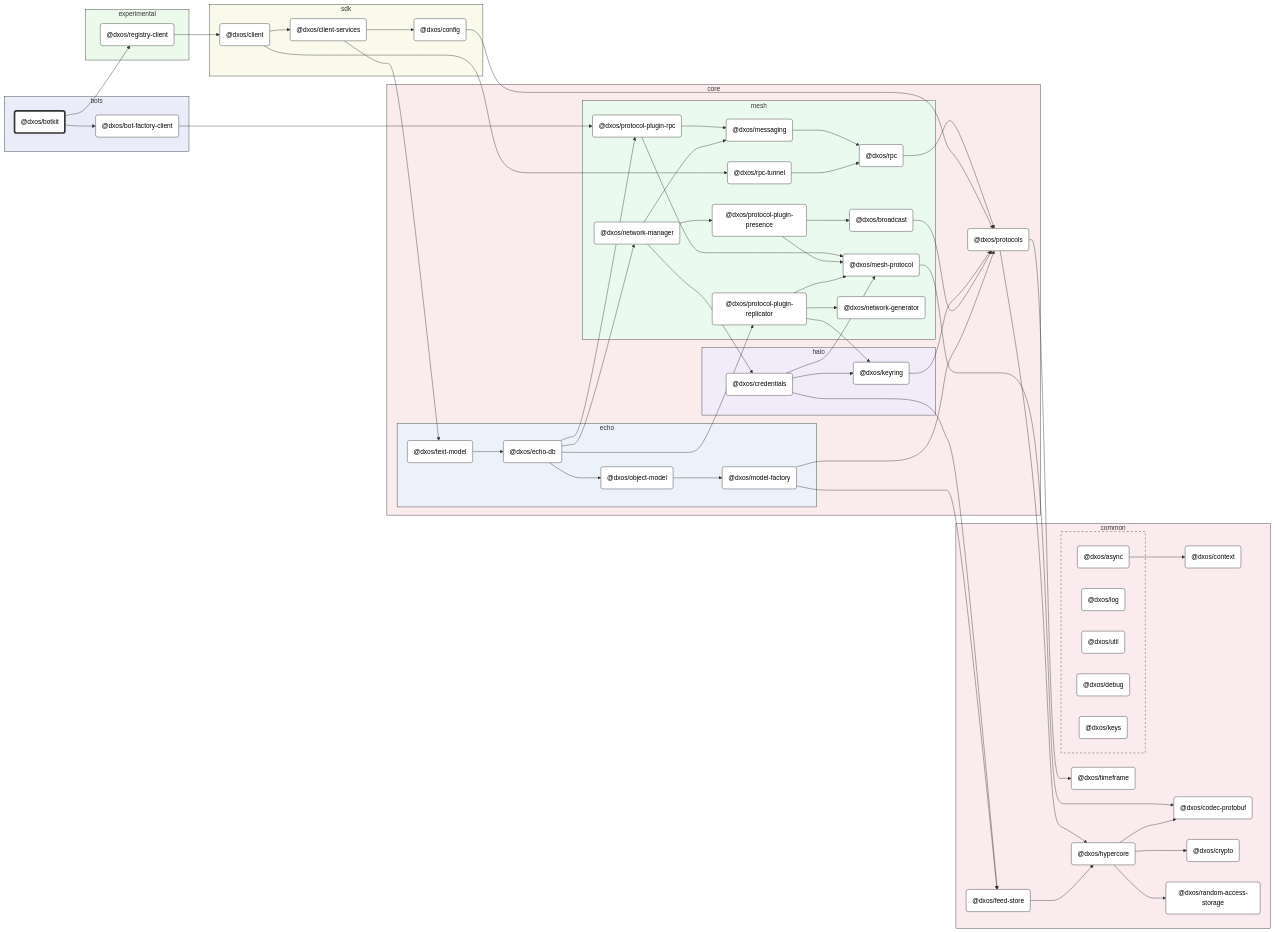
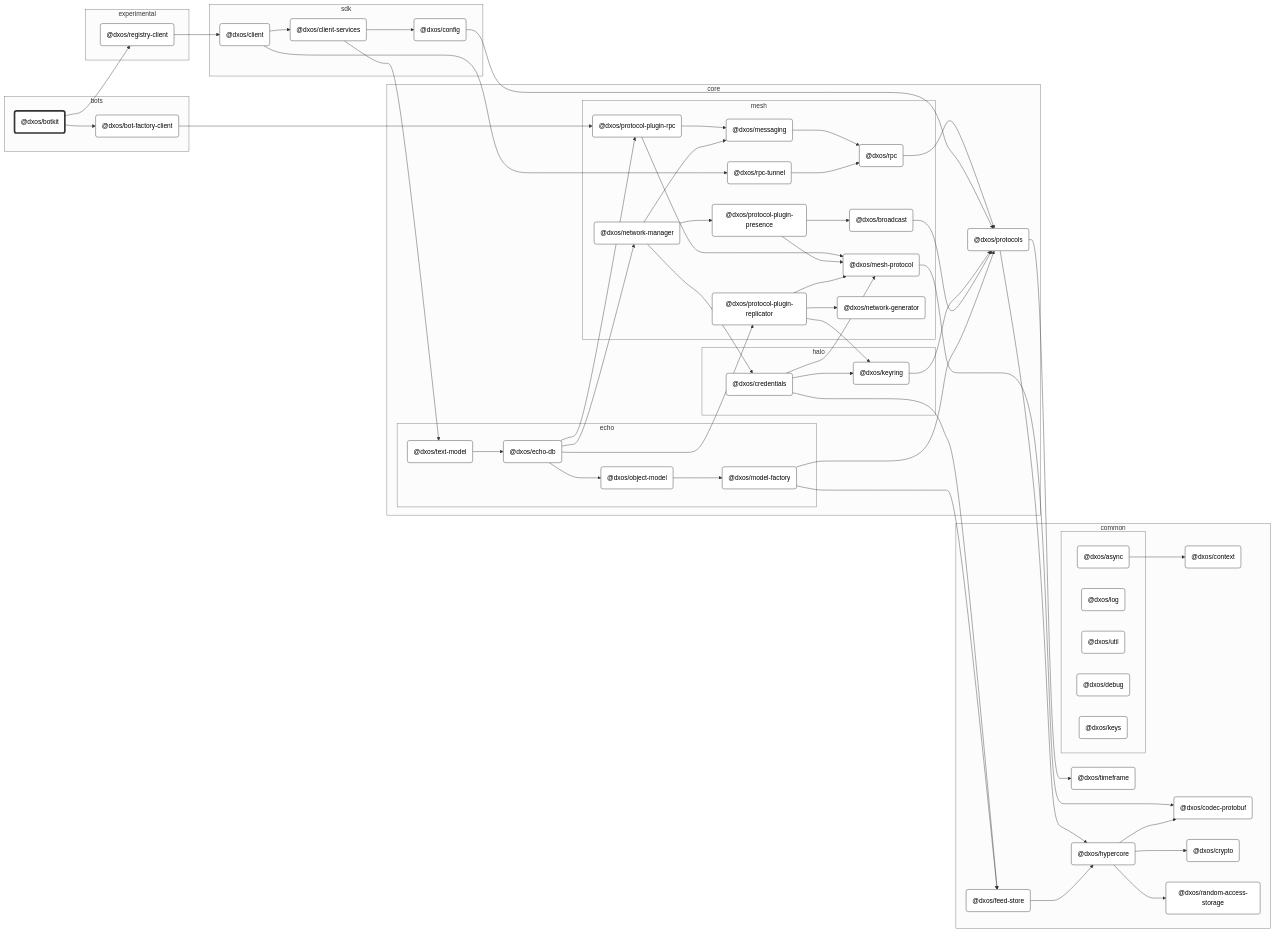
One commit to dxos/dxos changed the diagram in packages/bots/botkit/docs/README.md. Above: the diagram before and after it, drawn with Mermaid (neutral theme). The commit also changed 80 other files, not shown here.

```diff
--- a/packages/bots/botkit/docs/README.md
+++ b/packages/bots/botkit/docs/README.md
@@ -16,7 +16,6 @@
 %% Nodes
 
 subgraph bots [bots]
-  style bots fill:#ebecfa,stroke:#333
   dxos/botkit("@dxos/botkit"):::root
   click dxos/botkit "dxos/dxos/tree/main/packages/bots/botkit/docs"
   dxos/bot-factory-client("@dxos/bot-factory-client"):::def
@@ -24,7 +23,6 @@
 end
 
 subgraph common [common]
-  style common fill:#faebee,stroke:#333
   dxos/context("@dxos/context"):::def
   click dxos/context "dxos/dxos/tree/main/packages/common/context/docs"
   dxos/codec-protobuf("@dxos/codec-protobuf"):::def
@@ -41,7 +39,6 @@
   click dxos/feed-store "dxos/dxos/tree/main/packages/common/feed-store/docs"
 
   subgraph _ [ ]
-    style _ fill:#faebee,stroke:#333,stroke-dasharray:5 5
     dxos/async("@dxos/async"):::def
     click dxos/async "dxos/dxos/tree/main/packages/common/async/docs"
     dxos/log("@dxos/log"):::def
@@ -56,12 +53,10 @@
 end
 
 subgraph core [core]
-  style core fill:#faebec,stroke:#333
   dxos/protocols("@dxos/protocols"):::def
   click dxos/protocols "dxos/dxos/tree/main/packages/core/protocols/docs"
 
   subgraph mesh [mesh]
-    style mesh fill:#ebfaef,stroke:#333
     dxos/protocol-plugin-rpc("@dxos/protocol-plugin-rpc"):::def
     click dxos/protocol-plugin-rpc "dxos/dxos/tree/main/packages/core/mesh/protocol-plugin-rpc/docs"
     dxos/mesh-protocol("@dxos/mesh-protocol"):::def
@@ -85,7 +80,6 @@
   end
 
   subgraph halo [halo]
-    style halo fill:#f1ebfa,stroke:#333
     dxos/credentials("@dxos/credentials"):::def
     click dxos/credentials "dxos/dxos/tree/main/packages/core/halo/credentials/docs"
     dxos/keyring("@dxos/keyring"):::def
@@ -93,7 +87,6 @@
   end
 
   subgraph echo [echo]
-    style echo fill:#ebf2fa,stroke:#333
     dxos/echo-db("@dxos/echo-db"):::def
     click dxos/echo-db "dxos/dxos/tree/main/packages/core/echo/echo-db/docs"
     dxos/model-factory("@dxos/model-factory"):::def
@@ -106,7 +99,6 @@
 end
 
 subgraph sdk [sdk]
-  style sdk fill:#f9faeb,stroke:#333
   dxos/config("@dxos/config"):::def
   click dxos/config "dxos/dxos/tree/main/packages/sdk/config/docs"
   dxos/client("@dxos/client"):::def
@@ -116,7 +108,6 @@
 end
 
 subgraph experimental [experimental]
-  style experimental fill:#ecfaeb,stroke:#333
   dxos/registry-client("@dxos/registry-client"):::def
   click dxos/registry-client "dxos/dxos/tree/main/packages/experimental/registry-client/docs"
 end
```
